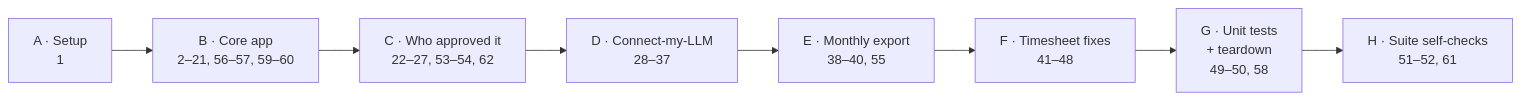
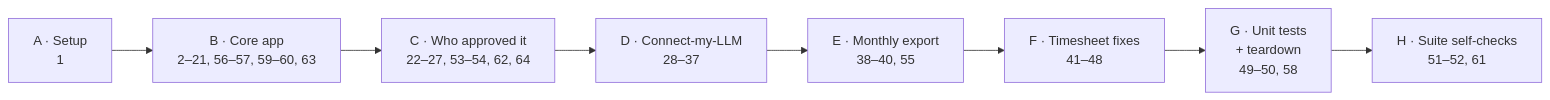
One commit to JoshNorris-Titan/titan-time-e2e changed the third of 3 diagrams in README.md. Above: the diagram before and after it, drawn with Mermaid. The commit also changed other lines of this file and 2 other files, not shown here.

````diff
--- a/README.md
+++ b/README.md
@@ -128,6 +129,6 @@
 ```mermaid
 flowchart LR
-  A["A · Setup<br/>1"] --> B["B · Core app<br/>2–21, 56–57, 59–60"] --> C["C · Who approved it<br/>22–27, 53–54, 62"] --> D["D · Connect-my-LLM<br/>28–37"]
+  A["A · Setup<br/>1"] --> B["B · Core app<br/>2–21, 56–57, 59–60, 63"] --> C["C · Who approved it<br/>22–27, 53–54, 62, 64"] --> D["D · Connect-my-LLM<br/>28–37"]
   D --> E["E · Monthly export<br/>38–40, 55"] --> F["F · Timesheet fixes<br/>41–48"] --> G["G · Unit tests<br/>+ teardown<br/>49–50, 58"]
   G --> H["H · Suite self-checks<br/>51–52, 61"]
 ```
````
